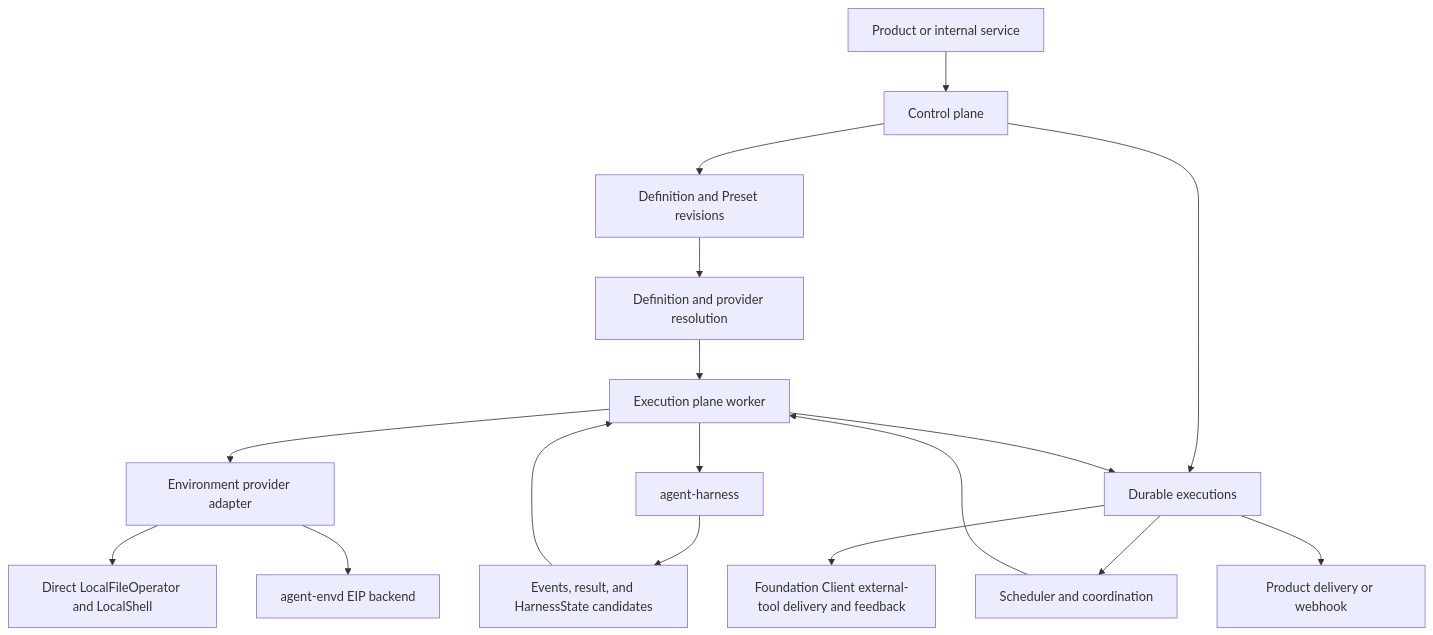
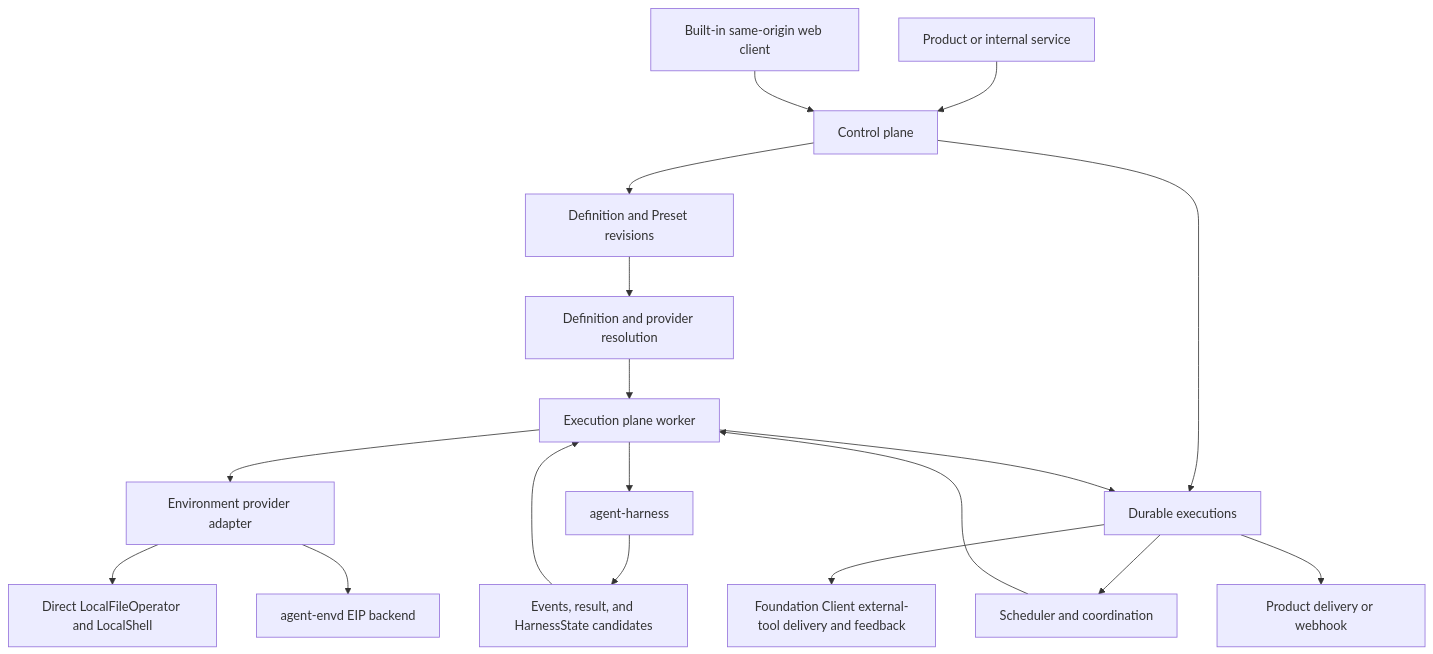
Before and after one commit to LTThreeComma/agent-foundation: the first of 2 diagrams in spec/foundation-service/00-overview.md, drawn with Mermaid. The commit also changed other lines of this file and 31 other files, not shown here.

````diff
--- a/spec/foundation-service/00-overview.md
+++ b/spec/foundation-service/00-overview.md
@@ -9,19 +9,20 @@
 ```mermaid
 flowchart TB
     Product[Product or internal service] --> Control[Control plane]
+    Browser[Built-in same-origin web client] --> Control
     Control --> Definitions[Definition and Preset revisions]
     Control --> Executions[Durable executions]
     Executions --> Scheduler[Scheduler and coordination]
     Scheduler --> Worker[Execution plane worker]
     Definitions --> Resolver[Definition and provider resolution]
     Resolver --> Worker
     Worker --> Provider[Environment provider adapter]
     Provider --> Local[Direct LocalFileOperator and LocalShell]
     Provider --> Envd[agent-envd EIP backend]
     Worker --> Harness[agent-harness]
     Harness --> Candidate[Events, result, and HarnessState candidates]
     Candidate --> Worker
     Worker --> Executions
     Executions --> ClientTools[Foundation Client external-tool delivery and feedback]
     Executions --> Delivery[Product delivery or webhook]
 ```
````
